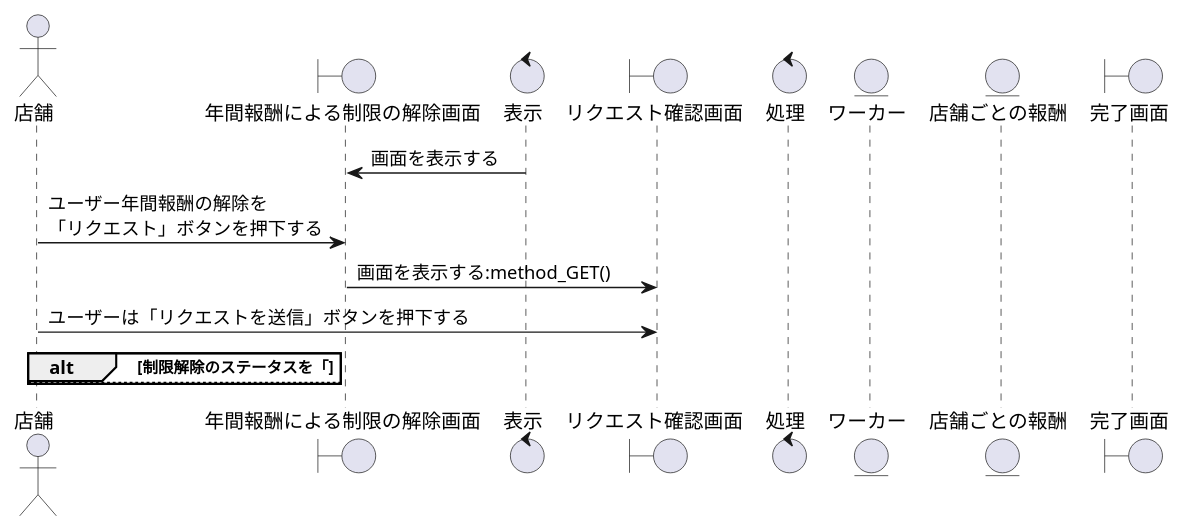
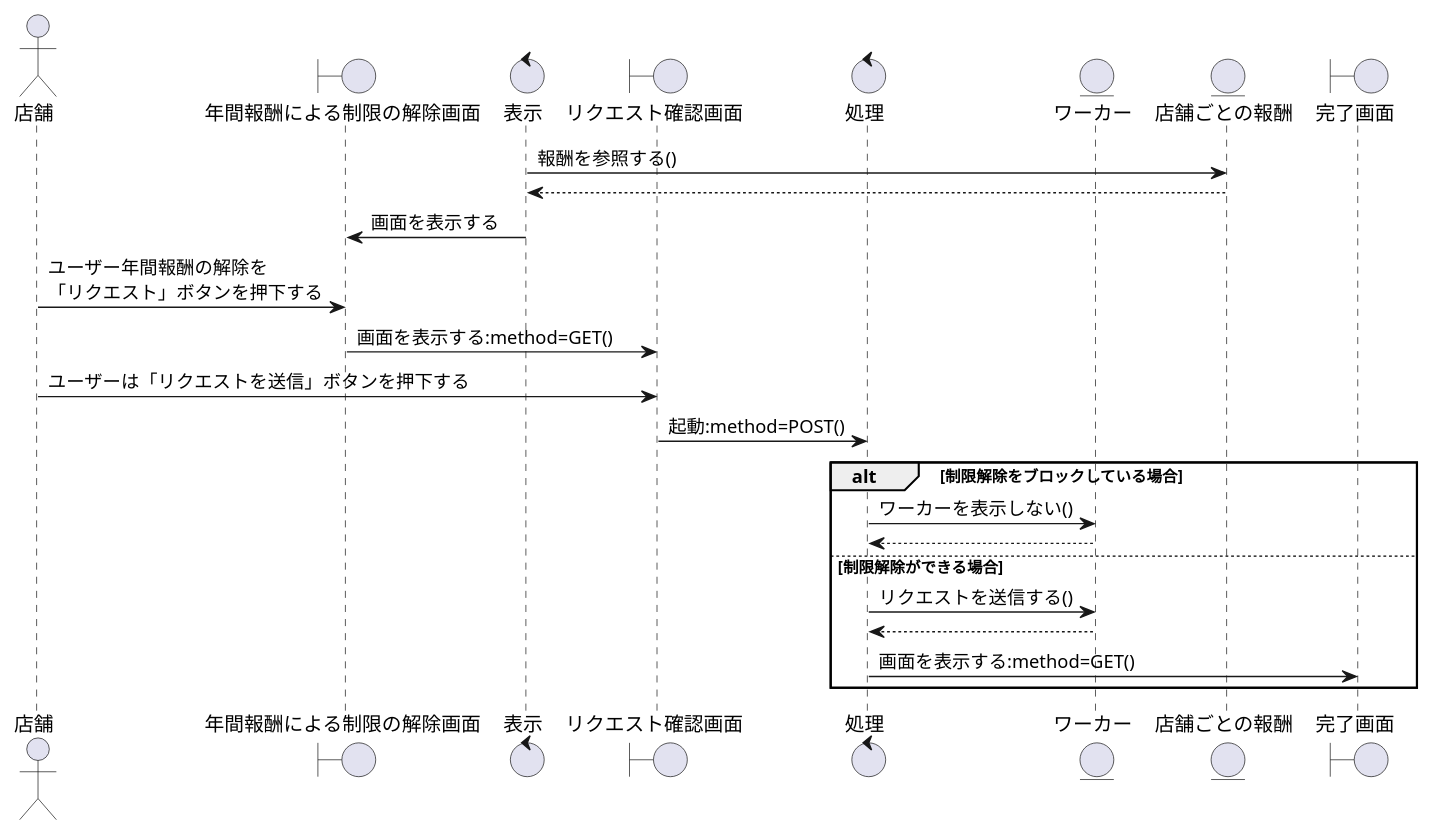
One commit to irukacb256/high_Me changed the diagram in sequence_fig/8_storeside_fn/08_年間報酬による制限の解除依頼をする.pu. Above: the diagram before and after it, drawn with PlantUML.

```diff
--- a/sequence_fig/8_storeside_fn/08_年間報酬による制限の解除依頼をする.pu
+++ b/sequence_fig/8_storeside_fn/08_年間報酬による制限の解除依頼をする.pu
@@ -1,26 +1,34 @@
 @startuml 年間報酬による制限の解除依頼をする
 
 actor 店舗 as cp1
 boundary 年間報酬による制限の解除画面 as b1
 control 表示 as co1
 
 boundary リクエスト確認画面 as b2
-control 処理 as co4
+control 処理 as co2
 
 entity ワーカー as en1
 entity 店舗ごとの報酬 as en2
-boundary 完了画面 as b3
+boundary 完了画面 as bo3
 
+co1 -> en2 : 報酬を参照する()
+co1 <-- en2
 co1 -> b1 : 画面を表示する
 cp1 -> b1 : ユーザー年間報酬の解除を\n「リクエスト」ボタンを押下する
-b1 -> b2 : 画面を表示する:method_GET()
+b1 -> b2 : 画面を表示する:method=GET()
 cp1 -> b2 : ユーザーは「リクエストを送信」ボタンを押下する
+b2 -> co2 : 起動:method=POST()
 
-alt 制限解除のステータスを「
+alt 制限解除をブロックしている場合
+    co2 -> en1 : ワーカーを表示しない()
+    co2 <-- en1
 
+else 制限解除ができる場合
+    co2 -> en1 : リクエストを送信する()
+    co2 <-- en1
+    co2 -> bo3 : 画面を表示する:method=GET()
 
-else
 
 end
 
 @enduml
```
